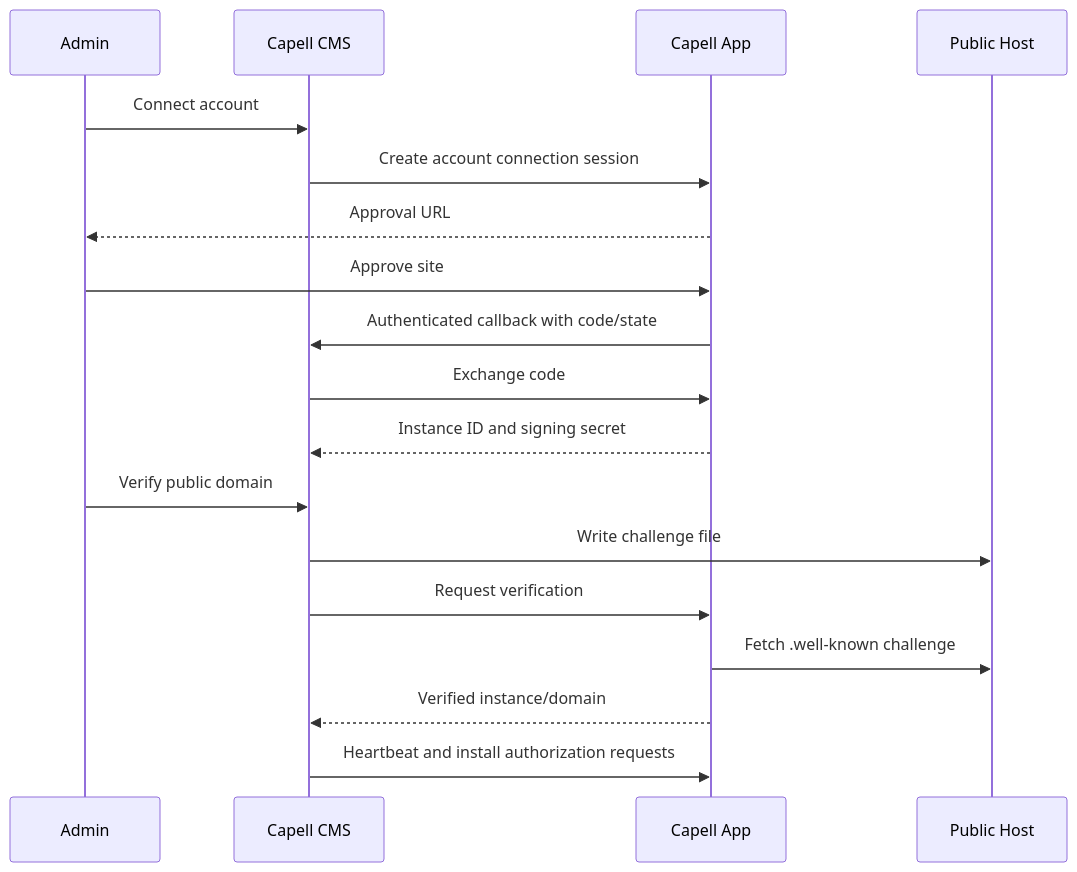
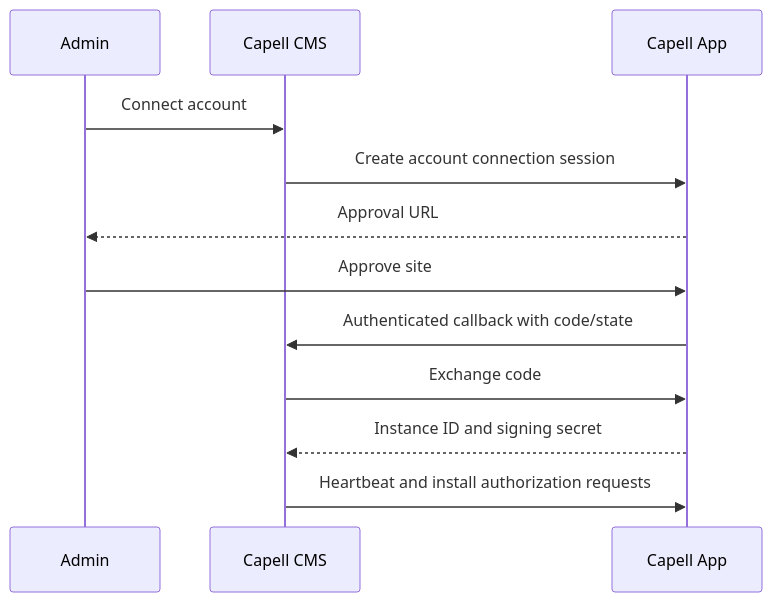
The diagram in docs/operations/debugging-marketplace.md (capell-app/capell), drawn with Mermaid before and after one commit. The commit also changed other lines of this file and 33 other files, not shown here.

````diff
--- a/docs/operations/debugging-marketplace.md
+++ b/docs/operations/debugging-marketplace.md
@@ -11,21 +11,15 @@
 ```mermaid
 sequenceDiagram
     participant Admin
     participant CMS as Capell CMS
     participant App as Capell App
-    participant Public as Public Host
 
     Admin->>CMS: Connect account
     CMS->>App: Create account connection session
     App-->>Admin: Approval URL
     Admin->>App: Approve site
     App->>CMS: Authenticated callback with code/state
     CMS->>App: Exchange code
     App-->>CMS: Instance ID and signing secret
-    Admin->>CMS: Verify public domain
-    CMS->>Public: Write challenge file
-    CMS->>App: Request verification
-    App->>Public: Fetch .well-known challenge
-    App-->>CMS: Verified instance/domain
     CMS->>App: Heartbeat and install authorization requests
 ```
````
